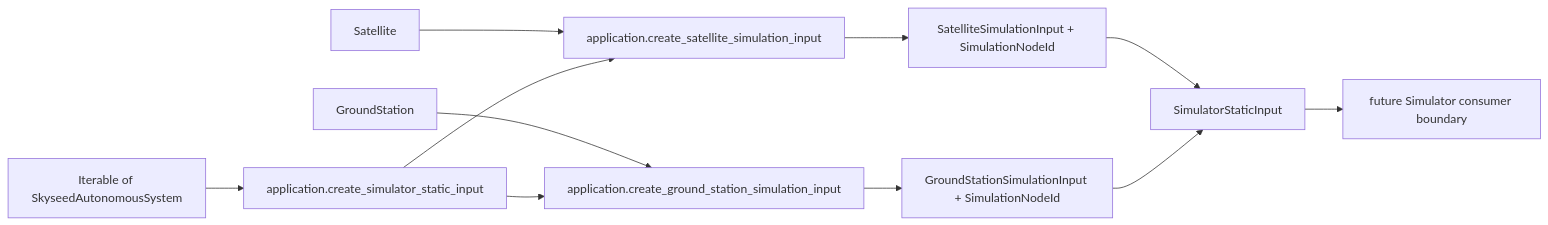
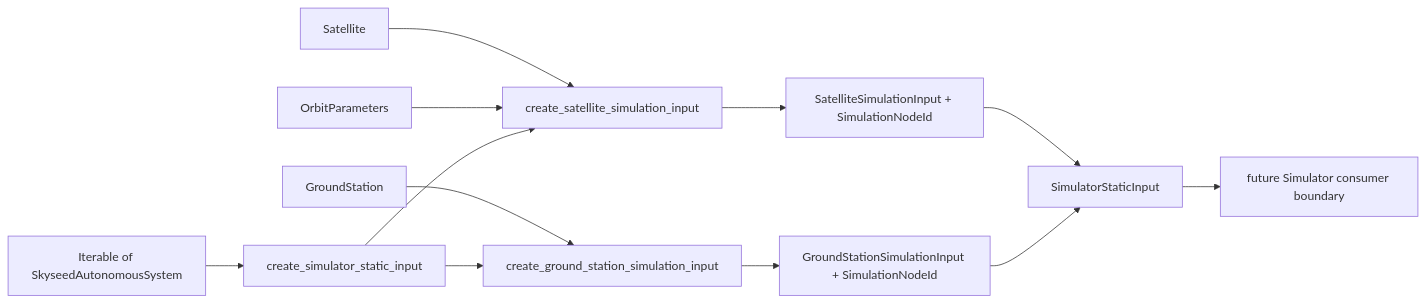
Before and after one commit to seed-labs/skyseed: the sixth of 7 diagrams in skyseed_v2/docs/architecture/diagrams.md, drawn with Mermaid. The commit also changed other lines of this file and 61 other files, not shown here.

````diff
--- a/skyseed_v2/docs/architecture/diagrams.md
+++ b/skyseed_v2/docs/architecture/diagrams.md
@@ -123,13 +130,14 @@
 ```mermaid
 flowchart LR
-    SAT[Satellite] --> CS[application.create_satellite_simulation_input]
-    GS[GroundStation] --> CG[application.create_ground_station_simulation_input]
-    AS[Iterable of SkyseedAutonomousSystem] --> CA[application.create_simulator_static_input]
+    SAT[Satellite] --> CS[create_satellite_simulation_input]
+    ORBIT[OrbitParameters] --> CS
+    GS[GroundStation] --> CG[create_ground_station_simulation_input]
+    AS[Iterable of SkyseedAutonomousSystem] --> CA[create_simulator_static_input]
     CA --> CS
     CA --> CG
     CS --> SI[SatelliteSimulationInput + SimulationNodeId]
     CG --> GI[GroundStationSimulationInput + SimulationNodeId]
     SI --> INPUT[SimulatorStaticInput]
     GI --> INPUT
     INPUT --> SIM[future Simulator consumer boundary]
 ```
````
